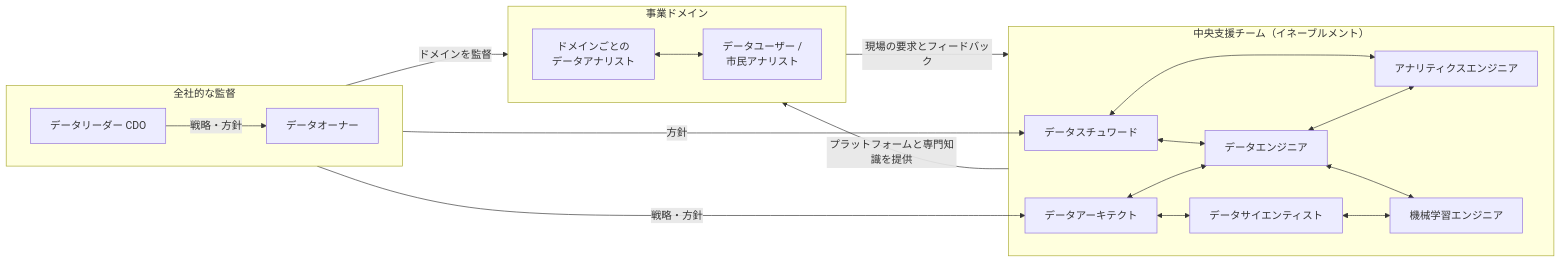
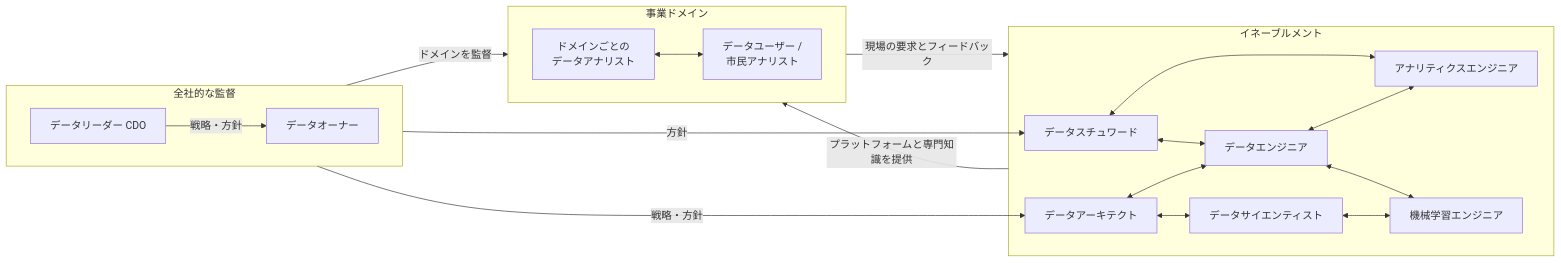
One commit to suwa-sh/zenn-contents changed the fourth of 4 diagrams in articles/data_management_20250907.md. Above: the diagram before and after it, drawn with Mermaid. The commit also changed other lines of this file, not shown here.

````diff
--- a/articles/data_management_20250907.md
+++ b/articles/data_management_20250907.md
@@ -315,42 +315,42 @@
 ```mermaid
 graph LR
     subgraph Manage[全社的な監督]
         direction LR
         A[データリーダー CDO]
         B[データオーナー]
     end
 
     subgraph Domain["事業ドメイン"]
         direction LR
         G[ドメインごとの<br>データアナリスト]
         J[データユーザー /<br> 市民アナリスト]
     end
 
-    subgraph Enable["中央支援チーム（イネーブルメント）"]
+    subgraph Enable["イネーブルメント"]
         C[データスチュワード]
         F[アナリティクスエンジニア]
         E[データエンジニア]
         D[データアーキテクト]
         H[データサイエンティスト]
         I[機械学習エンジニア]
 
         %% チーム内の連携
         C <--> E
         C <--> F
         D <--> E
         D <--> H
         E <--> F
         E <--> I
         H <--> I
     end
 
     A -- "戦略・方針" --> B
     B -- "ドメインを監督" --> Domain
     Enable -- "プラットフォームと専門知識を提供" --> Domain
     Domain -- "現場の要求とフィードバック" --> Enable
     G <--> J
 
     %% 監督層から支援チームへの連携
     A -- "戦略・方針" --> D
     B -- "方針" --> C
 ```
````
